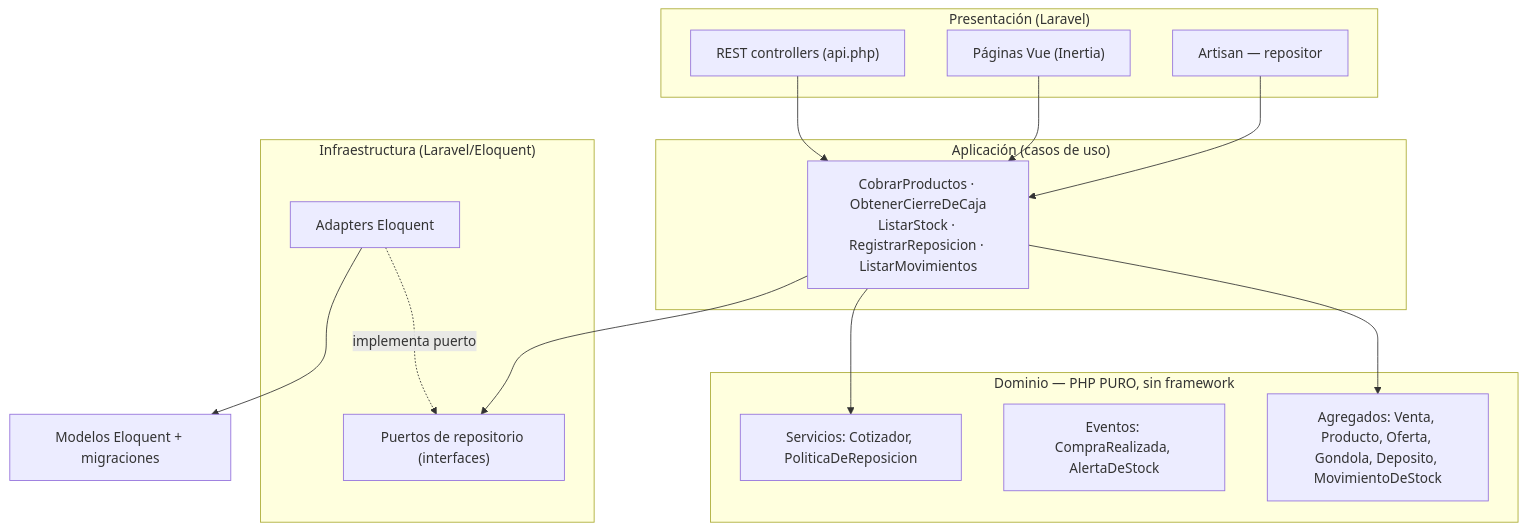
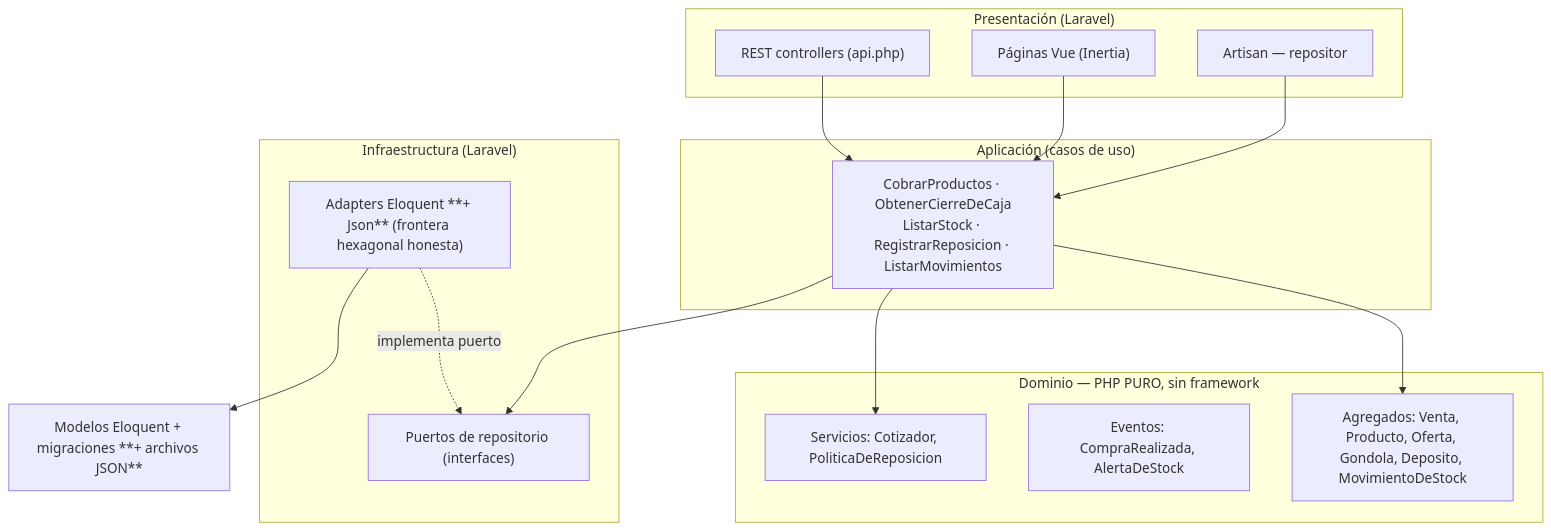
The first of 2 diagrams in README.md (Fabrizio-Alvarez/Ejercicio-Arquitectura), drawn with Mermaid before and after one commit. The commit also changed other lines of this file and 50 other files, not shown here.

````diff
--- a/README.md
+++ b/README.md
@@ -20,28 +20,28 @@
 ```mermaid
 flowchart TD
   subgraph Presentacion["Presentación (Laravel)"]
     REST["REST controllers (api.php)"]
     WEB["Páginas Vue (Inertia)"]
     CLI["Artisan — repositor"]
   end
   subgraph Aplicacion["Aplicación (casos de uso)"]
     UC["CobrarProductos · ObtenerCierreDeCaja<br/>ListarStock · RegistrarReposicion · ListarMovimientos"]
   end
   subgraph Dominio["Dominio — PHP PURO, sin framework"]
     AGG["Agregados: Venta, Producto, Oferta, Gondola, Deposito, MovimientoDeStock"]
     EVT["Eventos: CompraRealizada, AlertaDeStock"]
     SVC["Servicios: Cotizador, PoliticaDeReposicion"]
   end
-  subgraph Infra["Infraestructura (Laravel/Eloquent)"]
+  subgraph Infra["Infraestructura (Laravel)"]
     PORT["Puertos de repositorio (interfaces)"]
-    ADP["Adapters Eloquent"]
+    ADP["Adapters Eloquent **+ Json** (frontera hexagonal honesta)"]
   end
   WEB --> UC
   REST --> UC
   CLI --> UC
   UC --> AGG
   UC --> SVC
   UC --> PORT
   ADP -.->|"implementa puerto"| PORT
-  ADP --> ELO["Modelos Eloquent + migraciones"]
+  ADP --> ELO["Modelos Eloquent + migraciones **+ archivos JSON**"]
 ```
````
